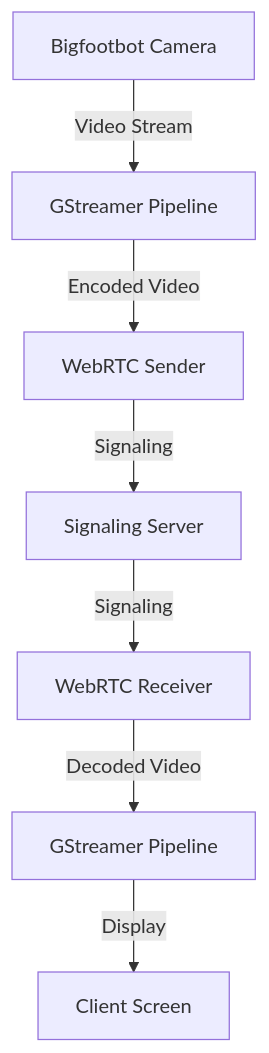
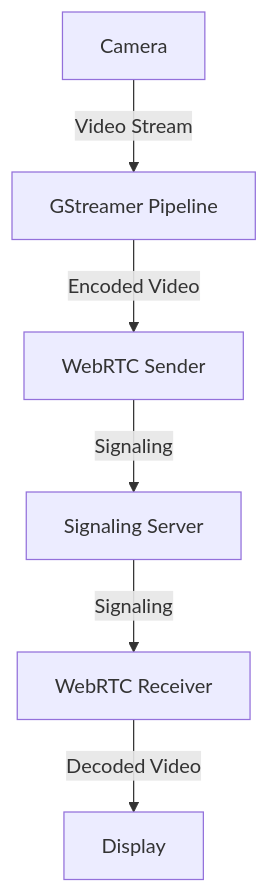
Before and after one commit to Arsen-Robotics/bigfootbot: the first of 4 diagrams in docker/web/webrtc_video/README.md, drawn with Mermaid. The commit also changed other lines of this file, not shown here.

Commit message:
updated docs for webrtc_video

````diff
--- a/docker/web/webrtc_video/README.md
+++ b/docker/web/webrtc_video/README.md
@@ -7,9 +7,8 @@
 ```mermaid
 graph TD
-    A[Bigfootbot Camera] -->|Video Stream| B[GStreamer Pipeline]
+    A[Camera] -->|Video Stream| B[GStreamer Pipeline]
     B -->|Encoded Video| C[WebRTC Sender]
     C -->|Signaling| D[Signaling Server]
     D -->|Signaling| E[WebRTC Receiver]
-    E -->|Decoded Video| F[GStreamer Pipeline]
-    F -->|Display| G[Client Screen]
+    E -->|Decoded Video| F[Display]
 ```
````
